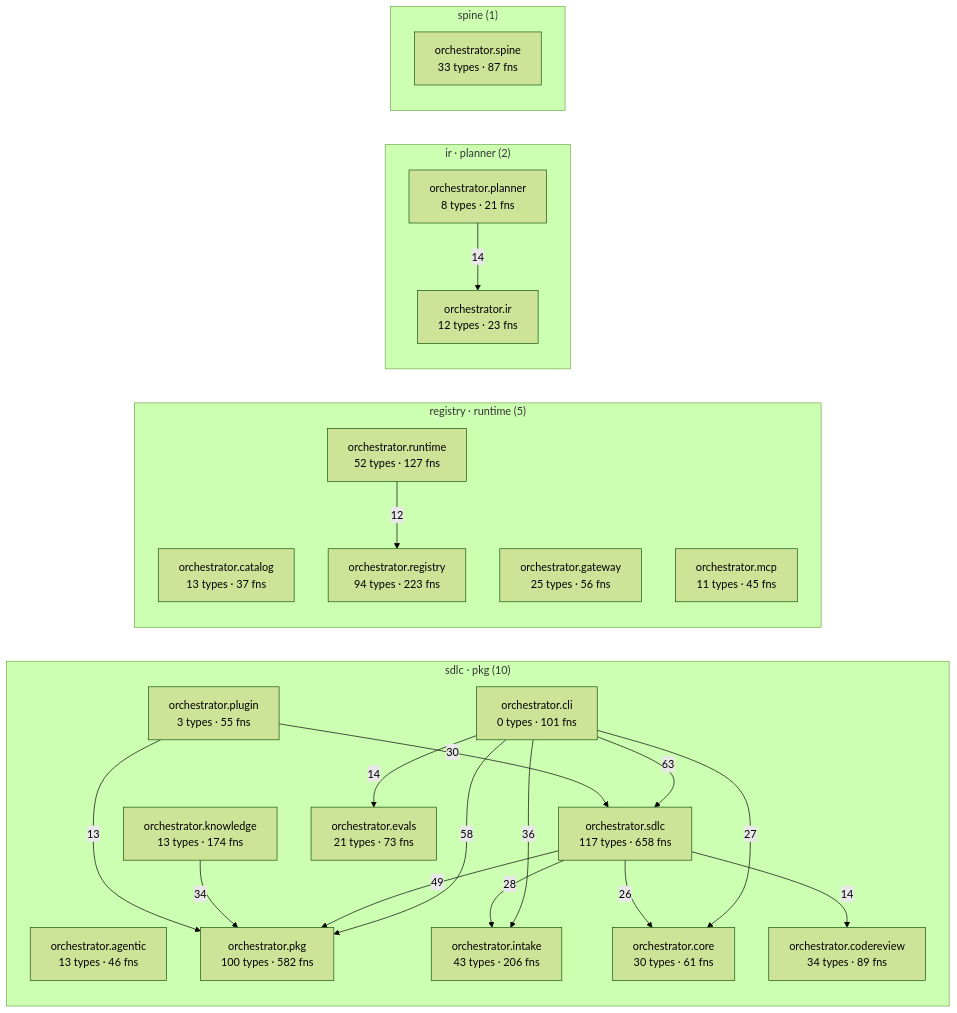
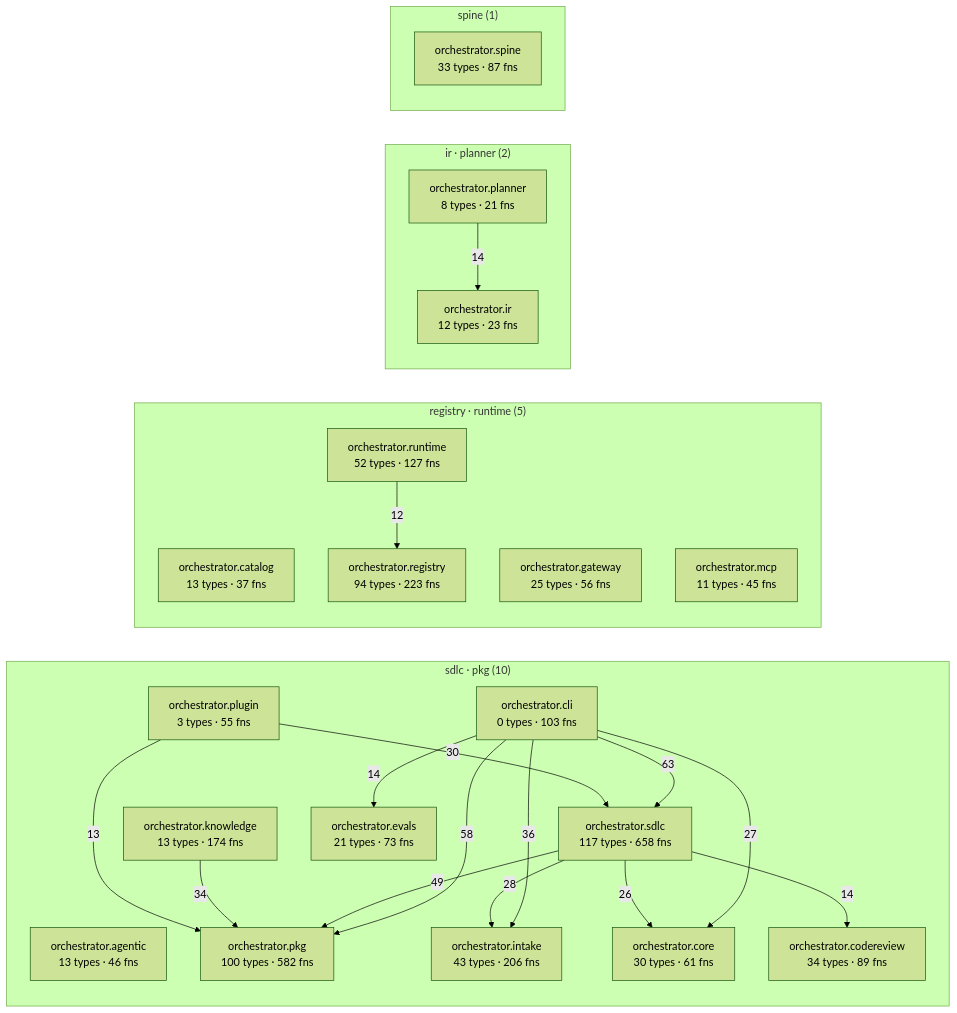
The diagram in episteme/architecture.md (synaptixs/spine), drawn with Mermaid (forest theme) before and after one commit. The commit also changed other lines of this file and 22 other files, not shown here.

````diff
--- a/episteme/architecture.md
+++ b/episteme/architecture.md
@@ -54,43 +54,43 @@
 ```mermaid
 flowchart LR
-  subgraph c_1["sdlc · pkg (10)"]
+  subgraph c_2["sdlc · pkg (10)"]
     aorchestratoragentic["orchestrator.agentic<br/>13 types · 46 fns"]
-    aorchestratorcli["orchestrator.cli<br/>0 types · 101 fns"]
+    aorchestratorcli["orchestrator.cli<br/>0 types · 103 fns"]
     aorchestratorcodereview["orchestrator.codereview<br/>34 types · 89 fns"]
     aorchestratorcore["orchestrator.core<br/>30 types · 61 fns"]
     aorchestratorevals["orchestrator.evals<br/>21 types · 73 fns"]
     aorchestratorintake["orchestrator.intake<br/>43 types · 206 fns"]
     aorchestratorknowledge["orchestrator.knowledge<br/>13 types · 174 fns"]
     aorchestratorpkg["orchestrator.pkg<br/>100 types · 582 fns"]
     aorchestratorplugin["orchestrator.plugin<br/>3 types · 55 fns"]
     aorchestratorsdlc["orchestrator.sdlc<br/>117 types · 658 fns"]
   end
-  subgraph c_3["registry · runtime (5)"]
+  subgraph c_4["registry · runtime (5)"]
     aorchestratorcatalog["orchestrator.catalog<br/>13 types · 37 fns"]
     aorchestratorgateway["orchestrator.gateway<br/>25 types · 56 fns"]
     aorchestratormcp["orchestrator.mcp<br/>11 types · 45 fns"]
     aorchestratorregistry["orchestrator.registry<br/>94 types · 223 fns"]
     aorchestratorruntime["orchestrator.runtime<br/>52 types · 127 fns"]
   end
-  subgraph c_6["ir · planner (2)"]
+  subgraph c_7["ir · planner (2)"]
     aorchestratorir["orchestrator.ir<br/>12 types · 23 fns"]
     aorchestratorplanner["orchestrator.planner<br/>8 types · 21 fns"]
   end
-  subgraph c_9["spine (1)"]
+  subgraph c_10["spine (1)"]
     aorchestratorspine["orchestrator.spine<br/>33 types · 87 fns"]
   end
   aorchestratorcli -->|63| aorchestratorsdlc
   aorchestratorcli -->|58| aorchestratorpkg
   aorchestratorsdlc -->|49| aorchestratorpkg
   aorchestratorcli -->|36| aorchestratorintake
   aorchestratorknowledge -->|34| aorchestratorpkg
   aorchestratorplugin -->|30| aorchestratorsdlc
   aorchestratorsdlc -->|28| aorchestratorintake
   aorchestratorcli -->|27| aorchestratorcore
   aorchestratorsdlc -->|26| aorchestratorcore
   aorchestratorcli -->|14| aorchestratorevals
   aorchestratorplanner -->|14| aorchestratorir
   aorchestratorsdlc -->|14| aorchestratorcodereview
   aorchestratorplugin -->|13| aorchestratorpkg
   aorchestratorruntime -->|12| aorchestratorregistry
 ```
````
